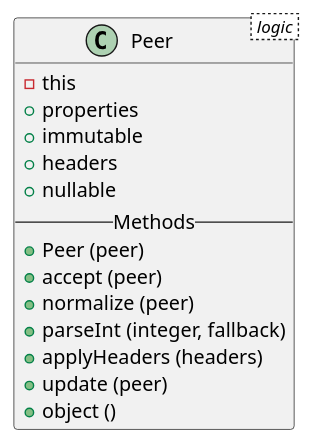
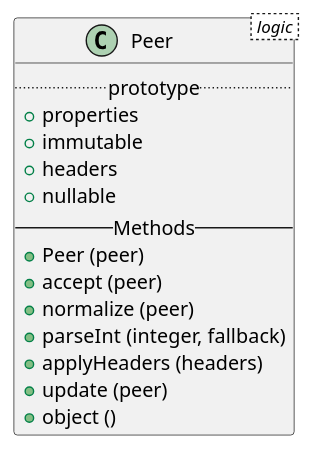
The diagram in class/classes/logic/peer.puml (LucasIsasmendi/lisk-core-plantuml), drawn with PlantUML before and after one commit. The commit also changed 14 other files, not shown here.

```diff
--- a/class/classes/logic/peer.puml
+++ b/class/classes/logic/peer.puml
@@ -1,17 +1,17 @@
 @startuml
 class Peer < logic > {
-  - this
+  .. prototype ..
   + properties
   + immutable
   + headers
   + nullable
   -- Methods --
   + Peer (peer)
   + accept (peer)
   + normalize (peer)
   + parseInt (integer, fallback)
   + applyHeaders (headers)
   + update (peer)
   + object ()
 }
 @endtuml
```
